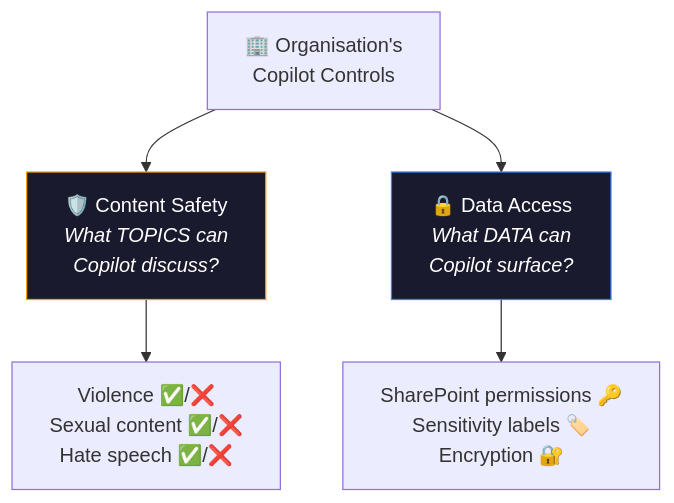
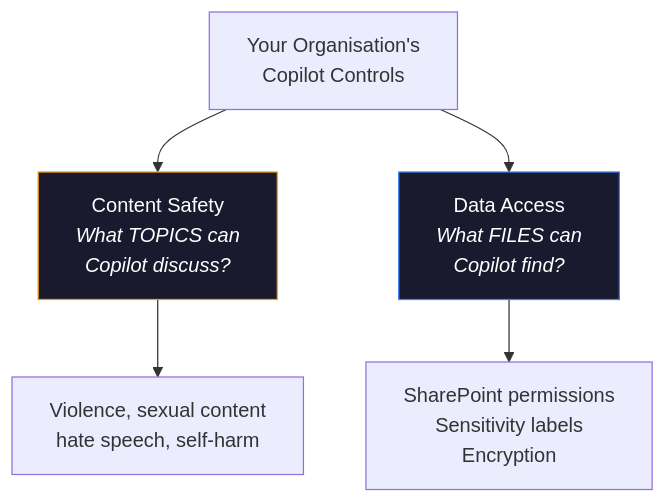
One commit to susanthgit/aguidetocloud-revamp changed the fourth of 4 diagrams in content/blog/microsoft-365-copilot-content-safety-controls-complete-guide-for-admins.md. Above: the diagram before and after it, drawn with Mermaid. The commit also changed other lines of this file, not shown here.

First line of the commit message:
Rewrite content safety blog in authentic voice (proof of concept)

````diff
--- a/content/blog/microsoft-365-copilot-content-safety-controls-complete-guide-for-admins.md
+++ b/content/blog/microsoft-365-copilot-content-safety-controls-complete-guide-for-admins.md
@@ -287,11 +292,11 @@
 ```mermaid
 flowchart TD
-    A["🏢 Organisation's<br/>Copilot Controls"] --> B["🛡️ Content Safety<br/><i>What TOPICS can<br/>Copilot discuss?</i>"]
-    A --> C["🔒 Data Access<br/><i>What DATA can<br/>Copilot surface?</i>"]
+    A["Your Organisation's<br/>Copilot Controls"] --> B["Content Safety<br/><i>What TOPICS can<br/>Copilot discuss?</i>"]
+    A --> C["Data Access<br/><i>What FILES can<br/>Copilot find?</i>"]
     
-    B --> D["Violence ✅/❌<br/>Sexual content ✅/❌<br/>Hate speech ✅/❌"]
-    C --> E["SharePoint permissions 🔑<br/>Sensitivity labels 🏷️<br/>Encryption 🔐"]
+    B --> D["Violence, sexual content<br/>hate speech, self-harm"]
+    C --> E["SharePoint permissions<br/>Sensitivity labels<br/>Encryption"]
     
     style B fill:#1a1a2e,stroke:#F59E0B,color:#fff
     style C fill:#1a1a2e,stroke:#3B82F6,color:#fff
 ```
````
